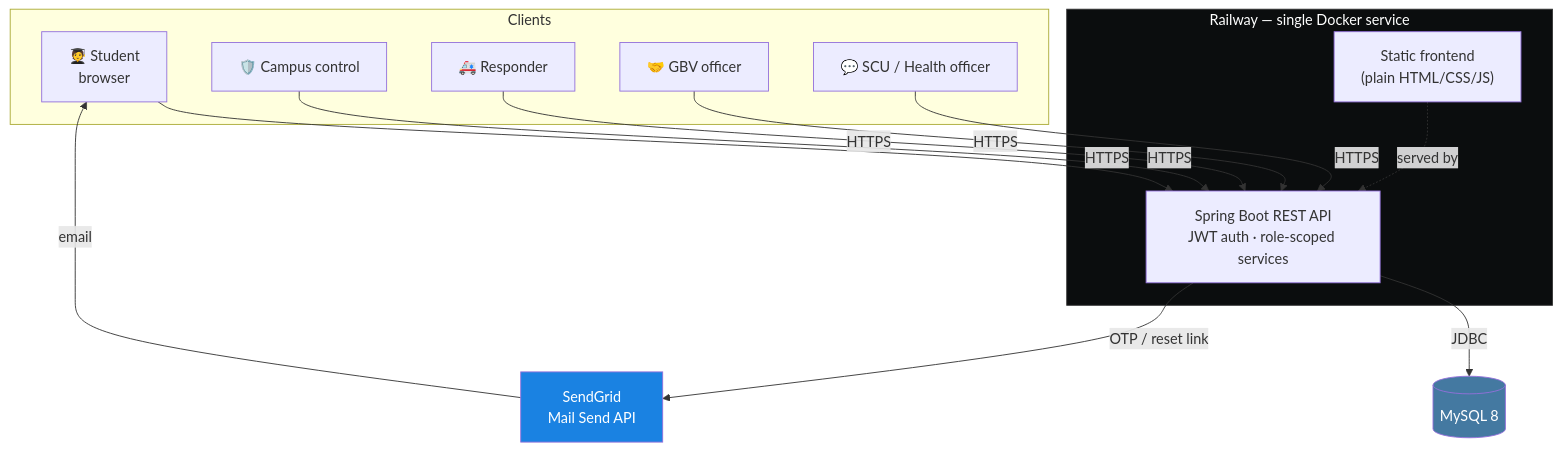
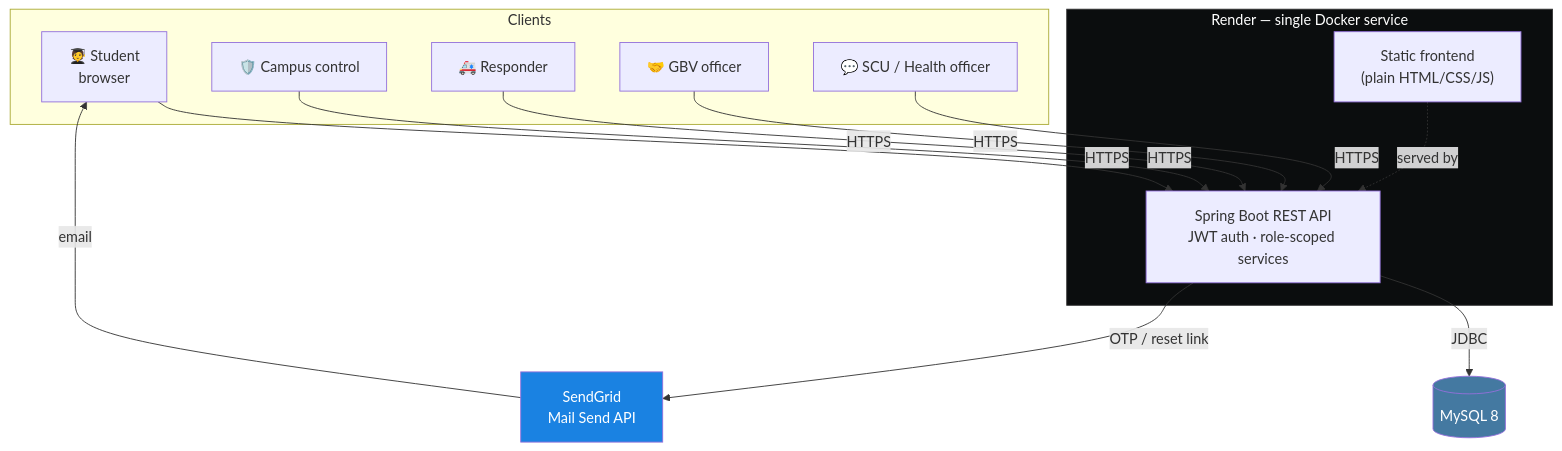
The first of 4 diagrams in README.md (Mjubane5/ufh-safety-platform), drawn with Mermaid before and after one commit. The commit also changed other lines of this file, not shown here.

Commit message:
Update hosting details from Railway to Render

````diff
--- a/README.md
+++ b/README.md
@@ -63,33 +63,33 @@
 ```mermaid
 flowchart TB
     subgraph Clients
         S["🧑‍🎓 Student<br/>browser"]
         C["🛡️ Campus control"]
         R["🚑 Responder"]
         G["🤝 GBV officer"]
         W["💬 SCU / Health officer"]
     end
 
-    subgraph Railway["Railway — single Docker service"]
+    subgraph Render["Render — single Docker service"]
         FE["Static frontend<br/>(plain HTML/CSS/JS)"]
         API["Spring Boot REST API<br/>JWT auth · role-scoped services"]
         FE -. served by .-> API
     end
 
     DB[("MySQL 8")]
     SG["SendGrid<br/>Mail Send API"]
 
     S -- HTTPS --> API
     C -- HTTPS --> API
     R -- HTTPS --> API
     G -- HTTPS --> API
     W -- HTTPS --> API
 
     API -- JDBC --> DB
     API -- OTP / reset link --> SG
     SG -- email --> S
 
-    style Railway fill:#0B0D0E,color:#fff,stroke:#333
+    style Render fill:#0B0D0E,color:#fff,stroke:#333
     style DB fill:#4479A1,color:#fff
     style SG fill:#1A82E2,color:#fff
 ```
````
